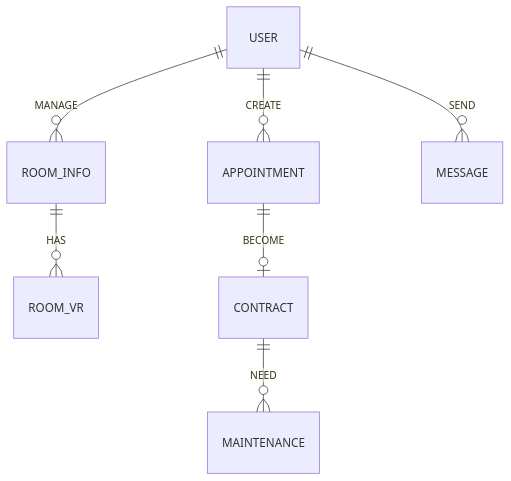
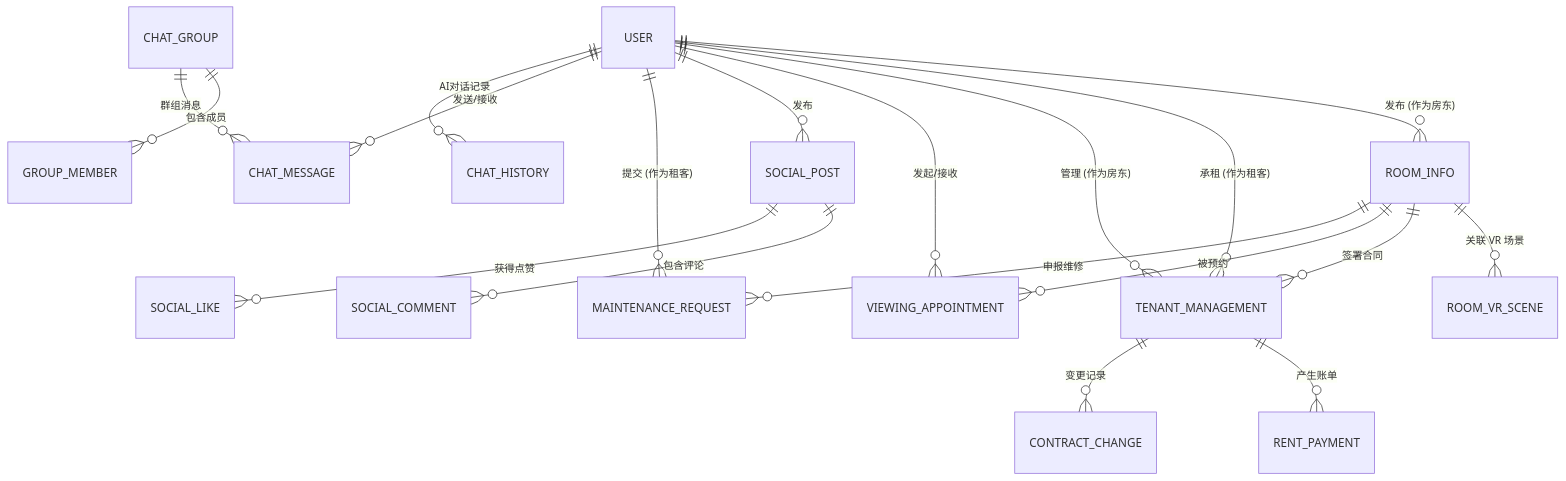
The third of 3 diagrams in 项目架构与知识图谱.md (wsnjn/VRHomesee), drawn with Mermaid before and after one commit. The commit also changed 5 other files, not shown here.

Commit message:
补充ER图

````diff
--- a/项目架构与知识图谱.md
+++ b/项目架构与知识图谱.md
@@ -81,9 +81,25 @@
 ```mermaid
 erDiagram
-    USER ||--o{ ROOM_INFO : "MANAGE"
-    USER ||--o{ APPOINTMENT : "CREATE"
-    ROOM_INFO ||--o{ ROOM_VR : "HAS"
-    APPOINTMENT ||--o| CONTRACT : "BECOME"
-    CONTRACT ||--o{ MAINTENANCE : "NEED"
-    USER ||--o{ MESSAGE : "SEND"
+    USER ||--o{ ROOM_INFO : "发布 (作为房东)"
+    USER ||--o{ TENANT_MANAGEMENT : "承租 (作为租客)"
+    USER ||--o{ TENANT_MANAGEMENT : "管理 (作为房东)"
+    USER ||--o{ VIEWING_APPOINTMENT : "发起/接收"
+    USER ||--o{ SOCIAL_POST : "发布"
+    USER ||--o{ MAINTENANCE_REQUEST : "提交 (作为租客)"
+    USER ||--o{ CHAT_MESSAGE : "发送/接收"
+    USER ||--o{ CHAT_HISTORY : "AI对话记录"
+
+    ROOM_INFO ||--o{ ROOM_VR_SCENE : "关联 VR 场景"
+    ROOM_INFO ||--o{ TENANT_MANAGEMENT : "签署合同"
+    ROOM_INFO ||--o{ VIEWING_APPOINTMENT : "被预约"
+    ROOM_INFO ||--o{ MAINTENANCE_REQUEST : "申报维修"
+
+    TENANT_MANAGEMENT ||--o{ RENT_PAYMENT : "产生账单"
+    TENANT_MANAGEMENT ||--o{ CONTRACT_CHANGE : "变更记录"
+
+    SOCIAL_POST ||--o{ SOCIAL_COMMENT : "包含评论"
+    SOCIAL_POST ||--o{ SOCIAL_LIKE : "获得点赞"
+
+    CHAT_GROUP ||--o{ GROUP_MEMBER : "包含成员"
+    CHAT_GROUP ||--o{ CHAT_MESSAGE : "群组消息"
 ```
````
